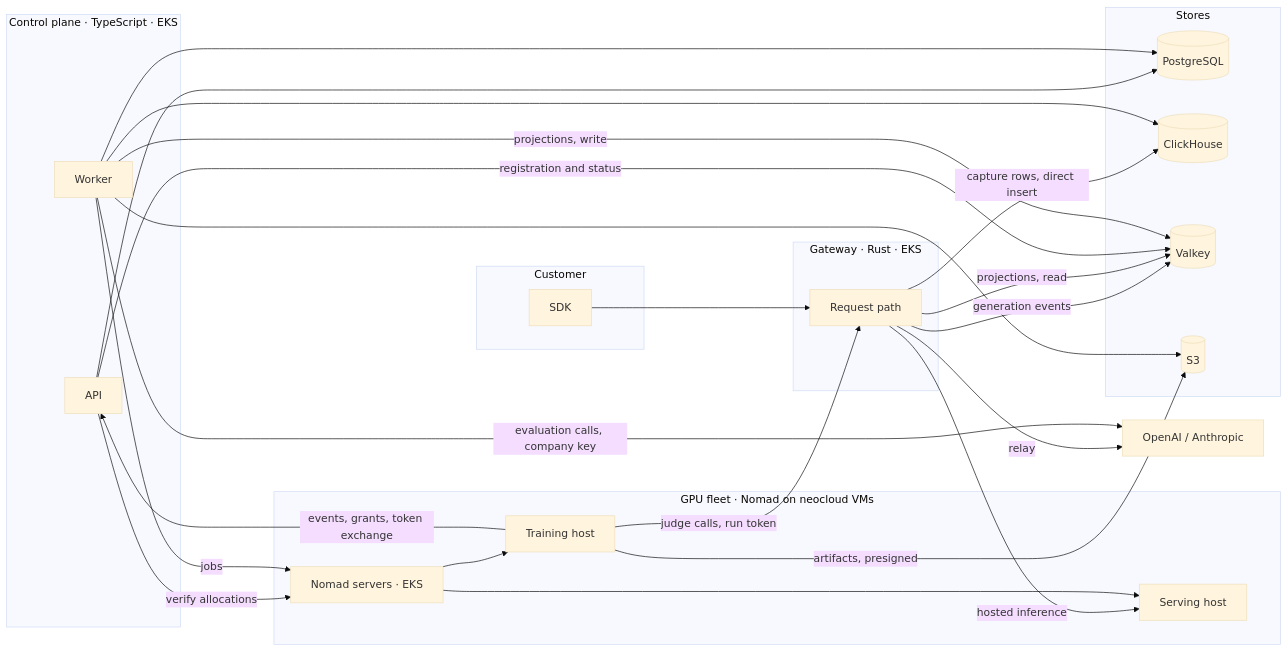
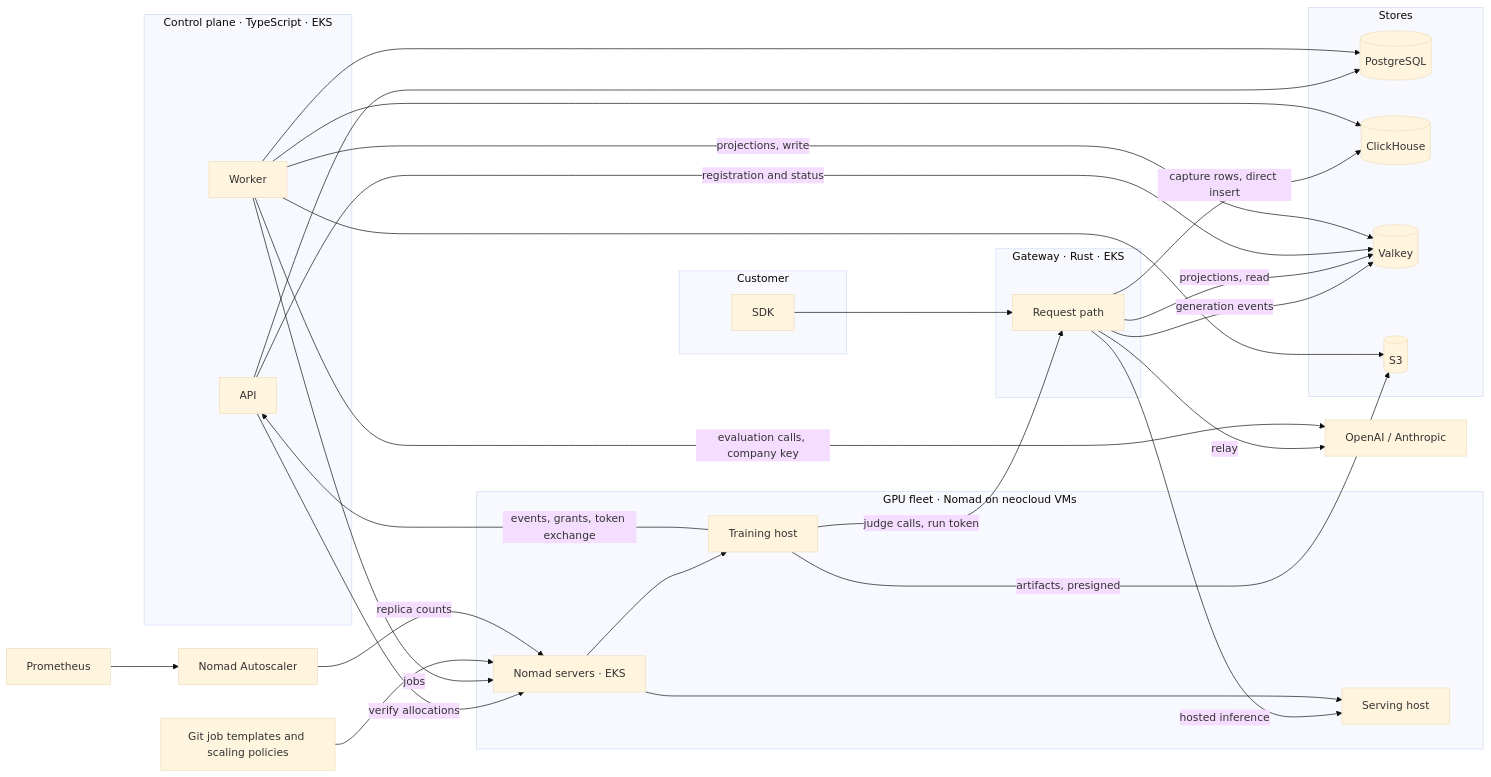
Before and after one commit to Gradiated/gradiated: the first of 3 diagrams in docs/TASK_FINE_TUNING_FROM_TRACES_PLAN.md, drawn with Mermaid (base theme). The commit also changed other lines of this file and 7 other files, not shown here.

First line of the commit message:
Simplify fine-tuning architecture and unify generation events (#44)

````diff
--- a/docs/TASK_FINE_TUNING_FROM_TRACES_PLAN.md
+++ b/docs/TASK_FINE_TUNING_FROM_TRACES_PLAN.md
@@ -20,46 +20,49 @@
 ```mermaid
 flowchart LR
   subgraph Customer
     SDK[SDK]
   end
   subgraph Gateway["Gateway · Rust · EKS"]
     GW[Request path]
   end
   subgraph Control["Control plane · TypeScript · EKS"]
     API[API]
     WK[Worker]
   end
   subgraph Stores
     PG[(PostgreSQL)]
     CH[(ClickHouse)]
     VK[(Valkey)]
     S3[(S3)]
   end
   subgraph Fleet["GPU fleet · Nomad on neocloud VMs"]
     NS[Nomad servers · EKS]
     SRV[Serving host]
     TRN[Training host]
   end
   PROV[OpenAI / Anthropic]
 
   SDK --> GW
   GW -->|relay| PROV
   GW -->|hosted inference| SRV
   GW -->|capture rows, direct insert| CH
   GW -->|generation events| VK
   GW -->|projections, read| VK
   API --> PG
   API -->|registration and status| VK
   API -->|verify allocations| NS
   WK --> PG
   WK --> CH
   WK --> S3
   WK -->|projections, write| VK
   WK -->|jobs| NS
+  GIT[Git job templates and scaling policies] --> NS
+  PROM[Prometheus] --> AUTO[Nomad Autoscaler]
+  AUTO -->|replica counts| NS
   NS --> SRV
   NS --> TRN
   TRN -->|judge calls, run token| GW
   TRN -->|artifacts, presigned| S3
   TRN -->|events, grants, token exchange| API
   WK -->|evaluation calls, company key| PROV
 ```
````
